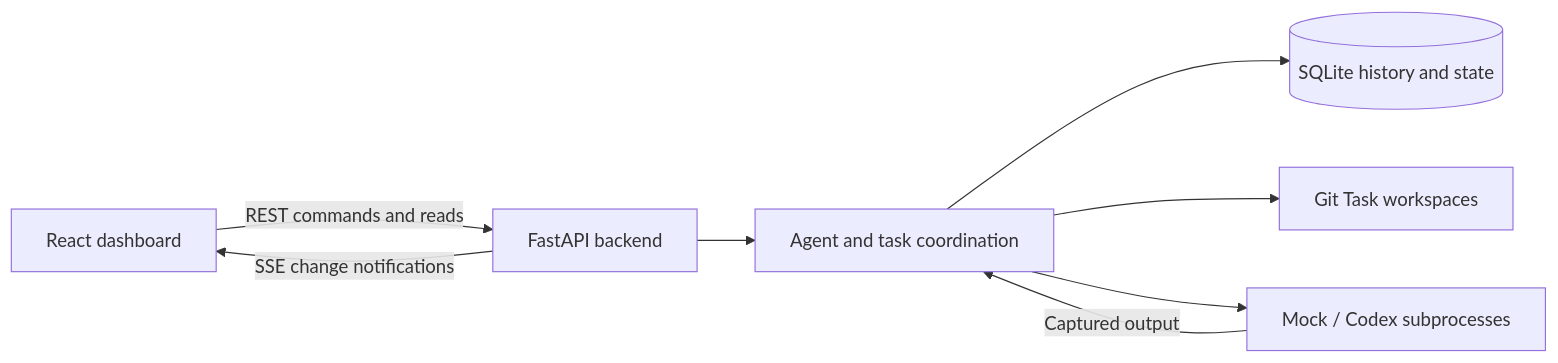
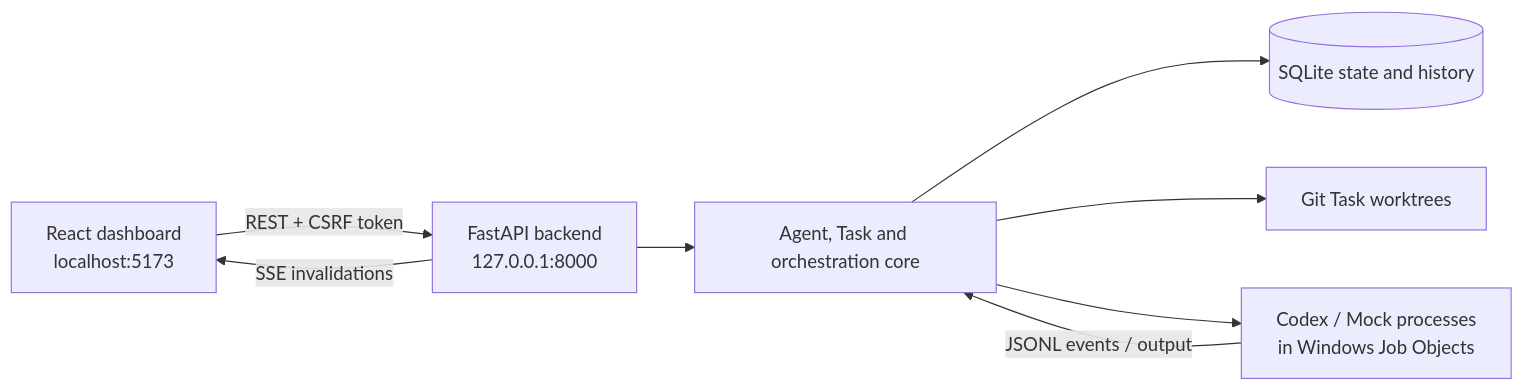
The diagram in README.md (amit22882036-ship-it/ai-agent-control-center), drawn with Mermaid before and after one commit. The commit also changed other lines of this file and 9 other files, not shown here.

````diff
--- a/README.md
+++ b/README.md
@@ -39,10 +45,10 @@
 ```mermaid
 flowchart LR
-    UI[React dashboard] -->|REST commands and reads| API[FastAPI backend]
-    API -->|SSE change notifications| UI
-    API --> Manager[Agent and task coordination]
-    Manager --> DB[(SQLite history and state)]
-    Manager --> Workspaces[Git Task workspaces]
-    Manager --> Workers[Mock / Codex subprocesses]
-    Workers -->|Captured output| Manager
+    UI[React dashboard<br/>localhost:5173] -->|REST + CSRF token| API[FastAPI backend<br/>127.0.0.1:8000]
+    API -->|SSE invalidations| UI
+    API --> Core[Agent, Task and orchestration core]
+    Core --> DB[(SQLite state and history)]
+    Core --> WS[Git Task worktrees]
+    Core --> Workers[Codex / Mock processes<br/>in Windows Job Objects]
+    Workers -->|JSONL events / output| Core
 ```
````
